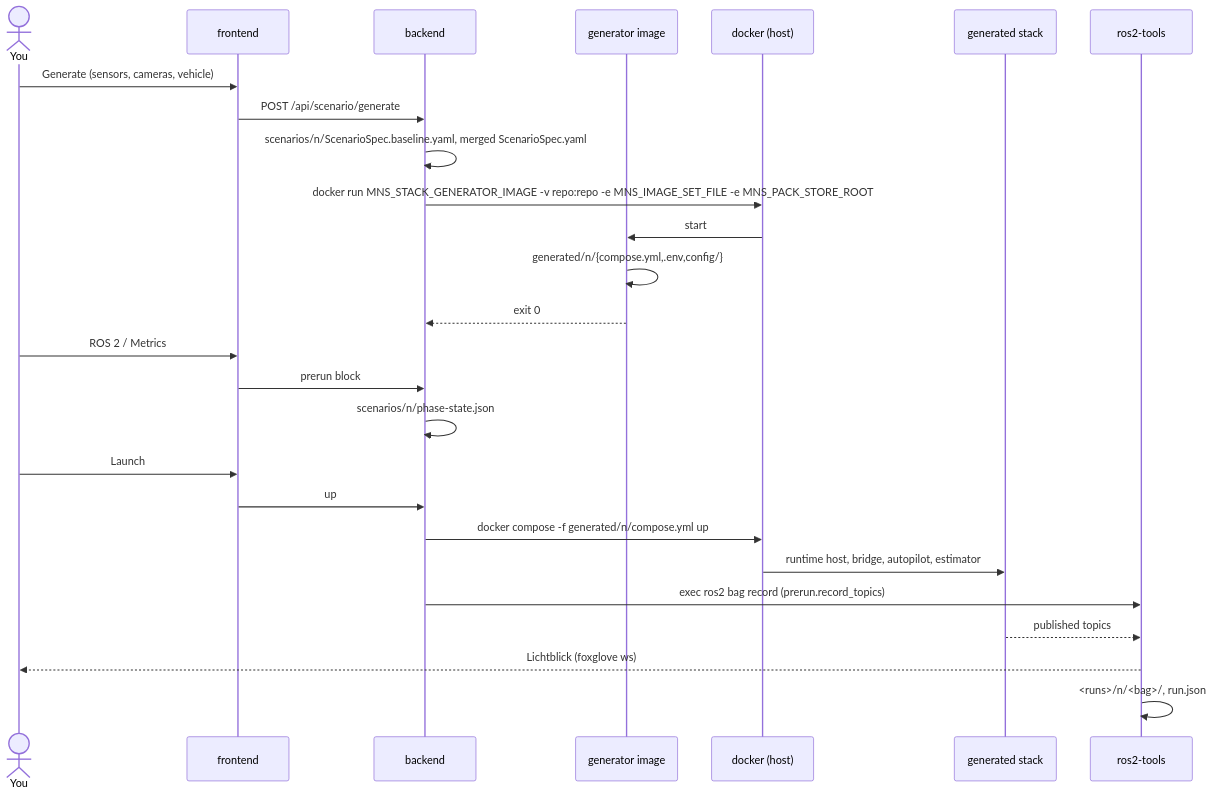
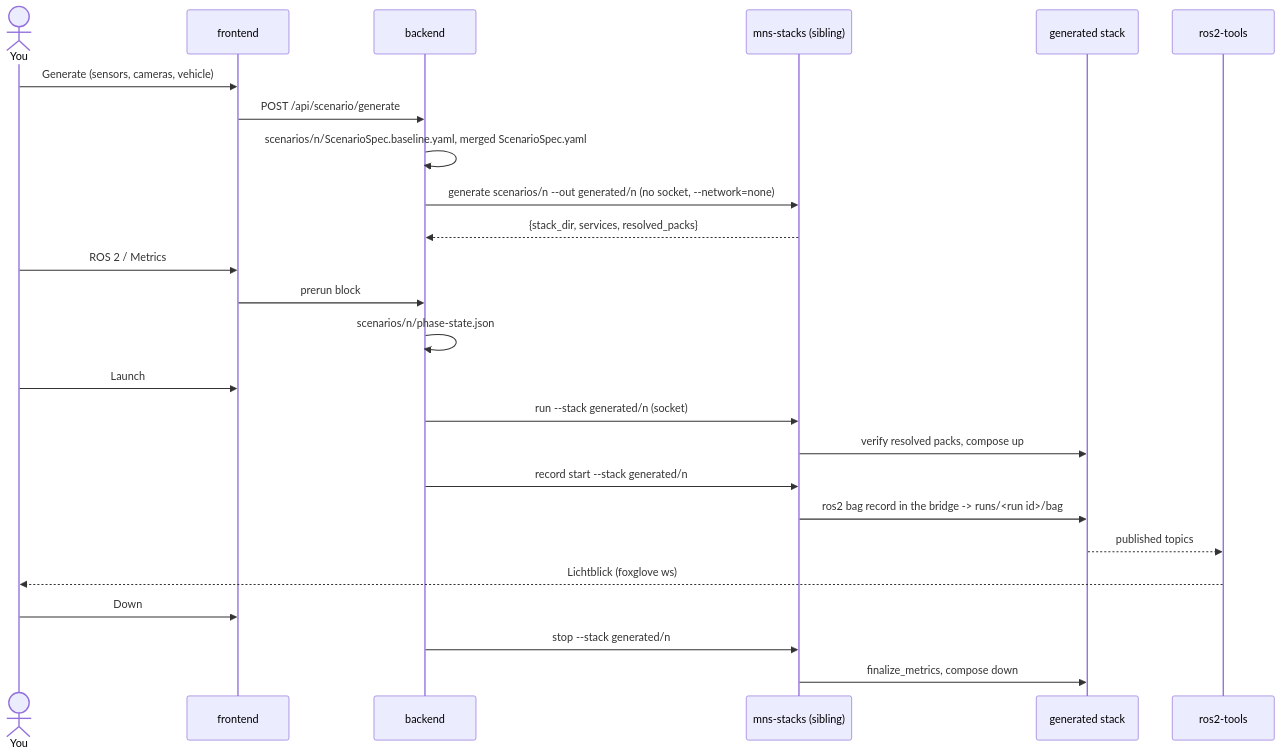
Before and after one commit to DinoHub/M-S-Simulation-Runtime-Stack: the second of 3 diagrams in docs/how-it-fits-together.md, drawn with Mermaid. The commit also changed other lines of this file and 18 other files, not shown here.

First line of the commit message:
docs(v1): headless page, mns-stacks/mns-packs everywhere, restructure notes

````diff
--- a/docs/how-it-fits-together.md
+++ b/docs/how-it-fits-together.md
@@ -116,28 +123,27 @@
 ```mermaid
 sequenceDiagram
   actor You
   participant FE as frontend
   participant BE as backend
-  participant GEN as generator image
-  participant D as docker (host)
+  participant MS as mns-stacks (sibling)
   participant ST as generated stack
   participant RT as ros2-tools
   You->>FE: Generate (sensors, cameras, vehicle)
   FE->>BE: POST /api/scenario/generate
   BE->>BE: scenarios/n/ScenarioSpec.baseline.yaml, merged ScenarioSpec.yaml
-  BE->>D: docker run MNS_STACK_GENERATOR_IMAGE -v repo:repo -e MNS_IMAGE_SET_FILE -e MNS_PACK_STORE_ROOT
-  D->>GEN: start
-  GEN->>GEN: generated/n/{compose.yml,.env,config/}
-  GEN-->>BE: exit 0
+  BE->>MS: generate scenarios/n --out generated/n (no socket, --network=none)
+  MS-->>BE: {stack_dir, services, resolved_packs}
   You->>FE: ROS 2 / Metrics
   FE->>BE: prerun block
   BE->>BE: scenarios/n/phase-state.json
   You->>FE: Launch
-  FE->>BE: up
-  BE->>D: docker compose -f generated/n/compose.yml up
-  D->>ST: runtime host, bridge, autopilot, estimator
-  BE->>RT: exec ros2 bag record (prerun.record_topics)
+  BE->>MS: run --stack generated/n (socket)
+  MS->>ST: verify resolved packs, compose up
+  BE->>MS: record start --stack generated/n
+  MS->>ST: ros2 bag record in the bridge -> runs/<run id>/bag
   ST-->>RT: published topics
   RT-->>You: Lichtblick (foxglove ws)
-  RT->>RT: <runs>/n/<bag>/, run.json
+  You->>FE: Down
+  BE->>MS: stop --stack generated/n
+  MS->>ST: finalize_metrics, compose down
 ```
````
